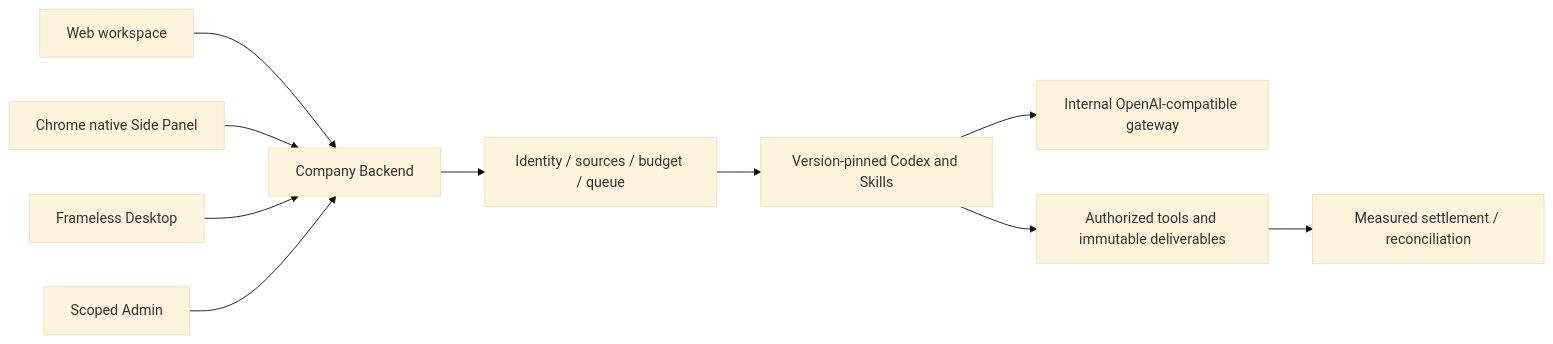
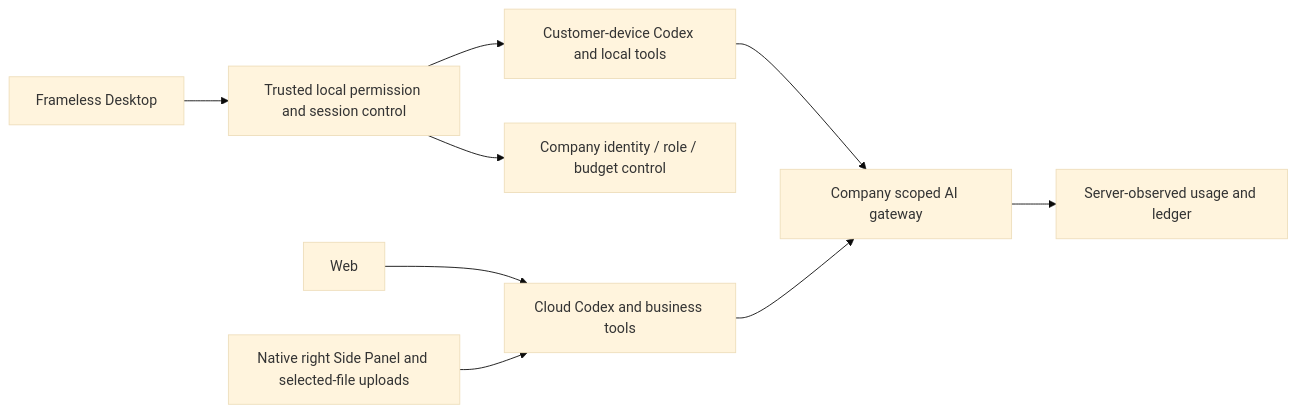
Before and after one commit to copypasteltd/workmate: the diagram in README.en.md, drawn with Mermaid (base theme). The commit also changed other lines of this file and 15 other files, not shown here.

Commit message:
Enforce local Desktop ownership and company-scoped billing

````diff
--- a/README.en.md
+++ b/README.en.md
@@ -26,12 +26,11 @@
 ```mermaid
 flowchart LR
-  Web[Web workspace] --> API[Company Backend]
-  Side[Chrome native Side Panel] --> API
-  Desktop[Frameless Desktop] --> API
-  Admin[Scoped Admin] --> API
-  API --> Guard[Identity / sources / budget / queue]
-  Guard --> Codex[Version-pinned Codex and Skills]
-  Codex --> Gateway[Internal OpenAI-compatible gateway]
-  Codex --> Tools[Authorized tools and immutable deliverables]
-  Tools --> Ledger[Measured settlement / reconciliation]
+  Desktop[Frameless Desktop] --> Main[Trusted local permission and session control]
+  Main --> Native[Customer-device Codex and local tools]
+  Main --> Control[Company identity / role / budget control]
+  Native --> Gateway[Company scoped AI gateway]
+  Web[Web] --> Cloud[Cloud Codex and business tools]
+  Extension[Native right Side Panel and selected-file uploads] --> Cloud
+  Cloud --> Gateway
+  Gateway --> Ledger[Server-observed usage and ledger]
 ```
````
